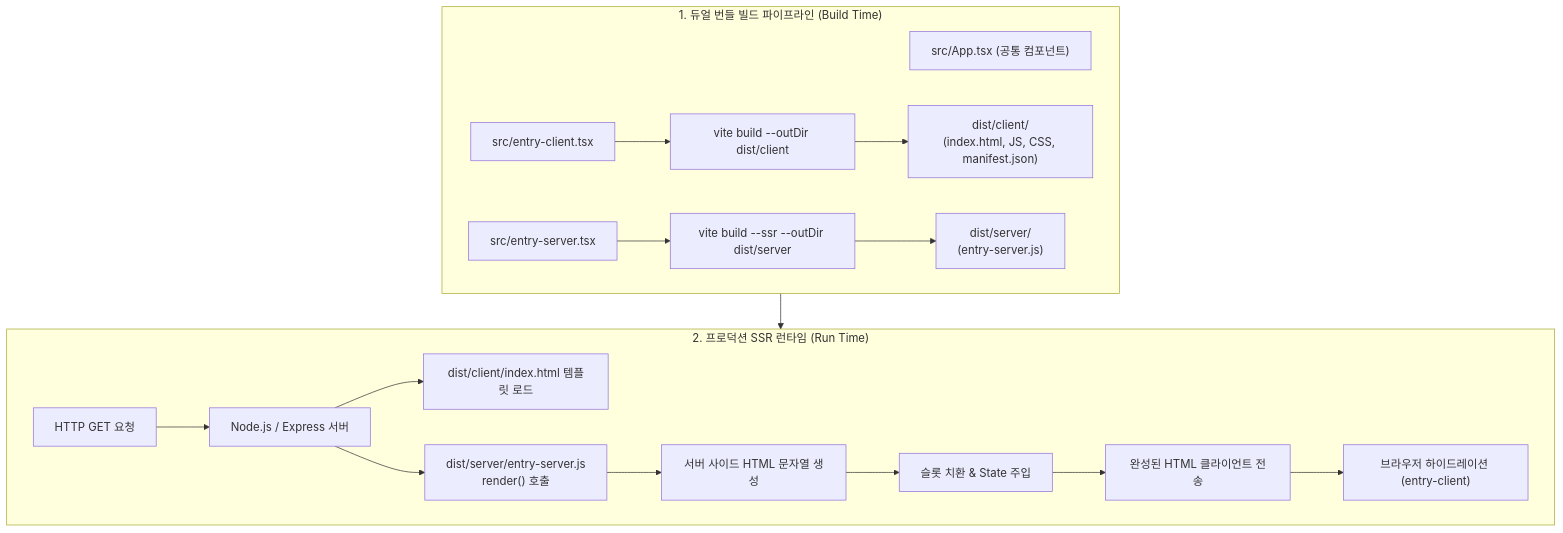
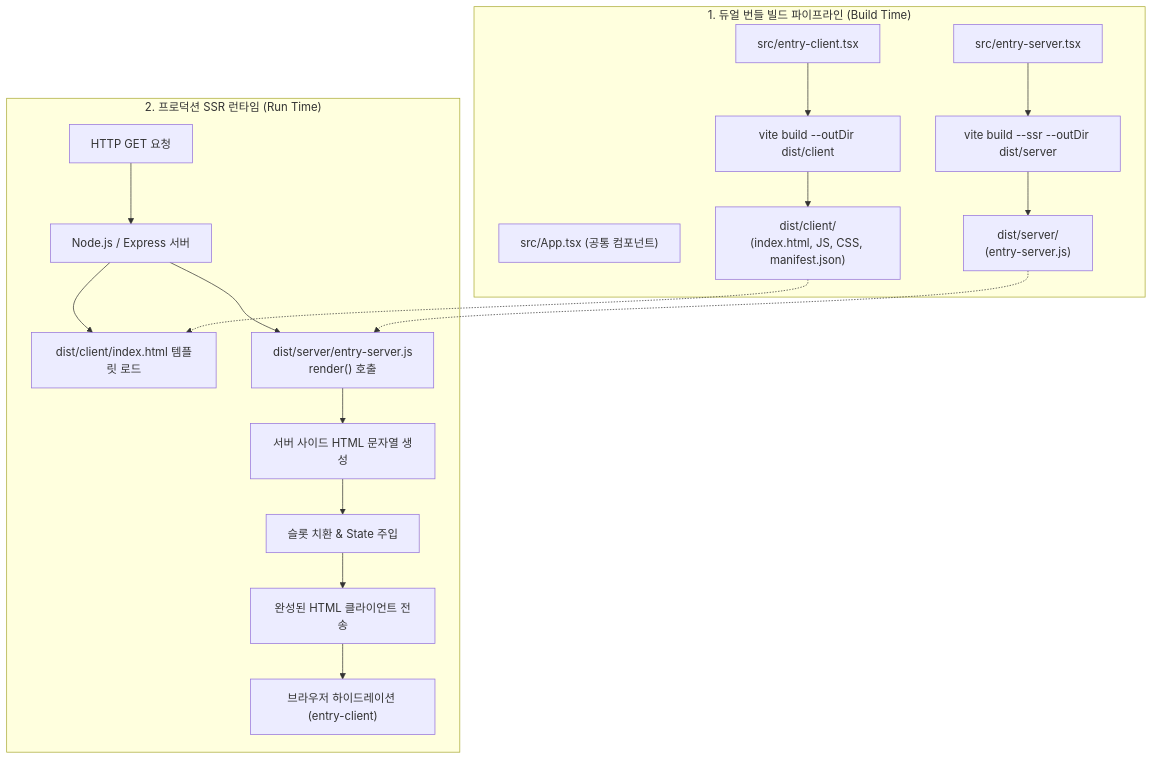
The diagram in _posts/Vite/2026-10-05-vite-ssr-architecture-and-entry-separation.md (cmsong111/blog), drawn with Mermaid before and after one commit. The commit also changed 96 other files, not shown here.

````diff
--- a/_posts/Vite/2026-10-05-vite-ssr-architecture-and-entry-separation.md
+++ b/_posts/Vite/2026-10-05-vite-ssr-architecture-and-entry-separation.md
@@ -23,26 +23,23 @@
 ```mermaid
 flowchart TD
     subgraph BuildPipeline["1. 듀얼 번들 빌드 파이프라인 (Build Time)"]
         SrcApp["src/App.tsx (공통 컴포넌트)"]
         SrcClient["src/entry-client.tsx"]
         SrcServer["src/entry-server.tsx"]
-
         SrcClient --> ClientBuild["vite build --outDir dist/client"]
         SrcServer --> ServerBuild["vite build --ssr --outDir dist/server"]
-
-        ClientBuild --> DistClient["dist/client/\n(index.html, JS, CSS, manifest.json)"]
-        ServerBuild --> DistServer["dist/server/\n(entry-server.js)"]
+        ClientBuild --> DistClient["dist/client/<br/>(index.html, JS, CSS, manifest.json)"]
+        ServerBuild --> DistServer["dist/server/<br/>(entry-server.js)"]
     end
-
     subgraph Runtime["2. 프로덕션 SSR 런타임 (Run Time)"]
         UserReq["HTTP GET 요청"] --> ExpressServer["Node.js / Express 서버"]
         ExpressServer --> ReadTpl["dist/client/index.html 템플릿 로드"]
-        ExpressServer --> CallRender["dist/server/entry-server.js\nrender() 호출"]
+        ExpressServer --> CallRender["dist/server/entry-server.js<br/>render() 호출"]
         CallRender --> RenderHTML["서버 사이드 HTML 문자열 생성"]
         RenderHTML --> ReplaceTag["<!--app-html--> 슬롯 치환 & State 주입"]
         ReplaceTag --> HTTPResp["완성된 HTML 클라이언트 전송"]
         HTTPResp --> Browser["브라우저 하이드레이션 (entry-client)"]
     end
-
-    BuildPipeline --> Runtime
+    DistClient -.-> ReadTpl
+    DistServer -.-> CallRender
 ```
````
